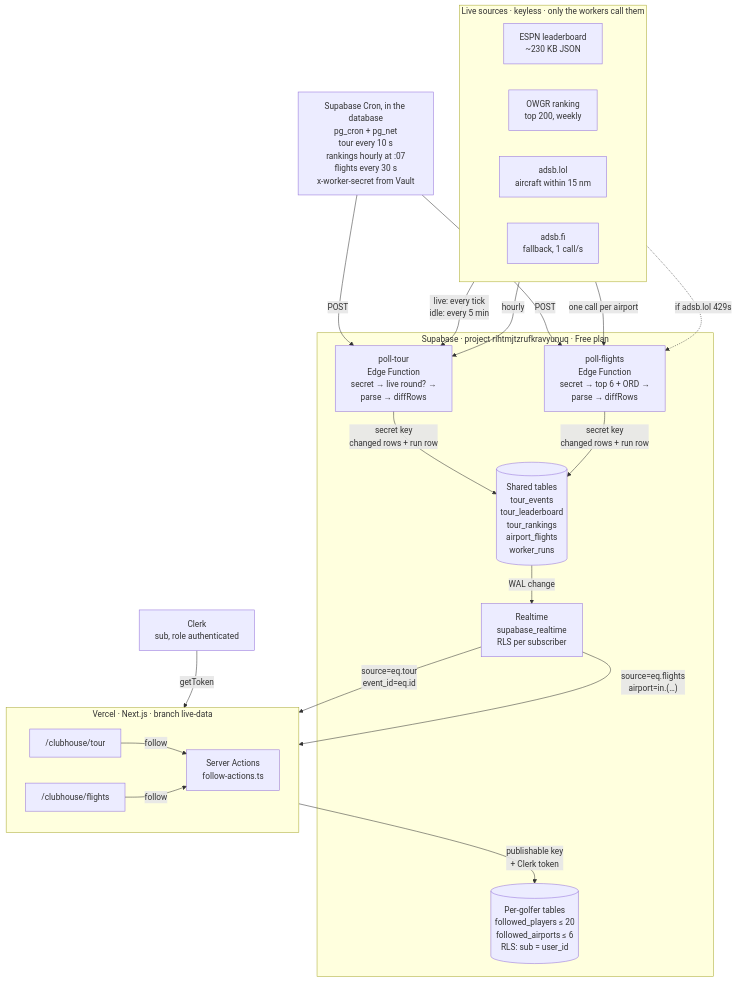
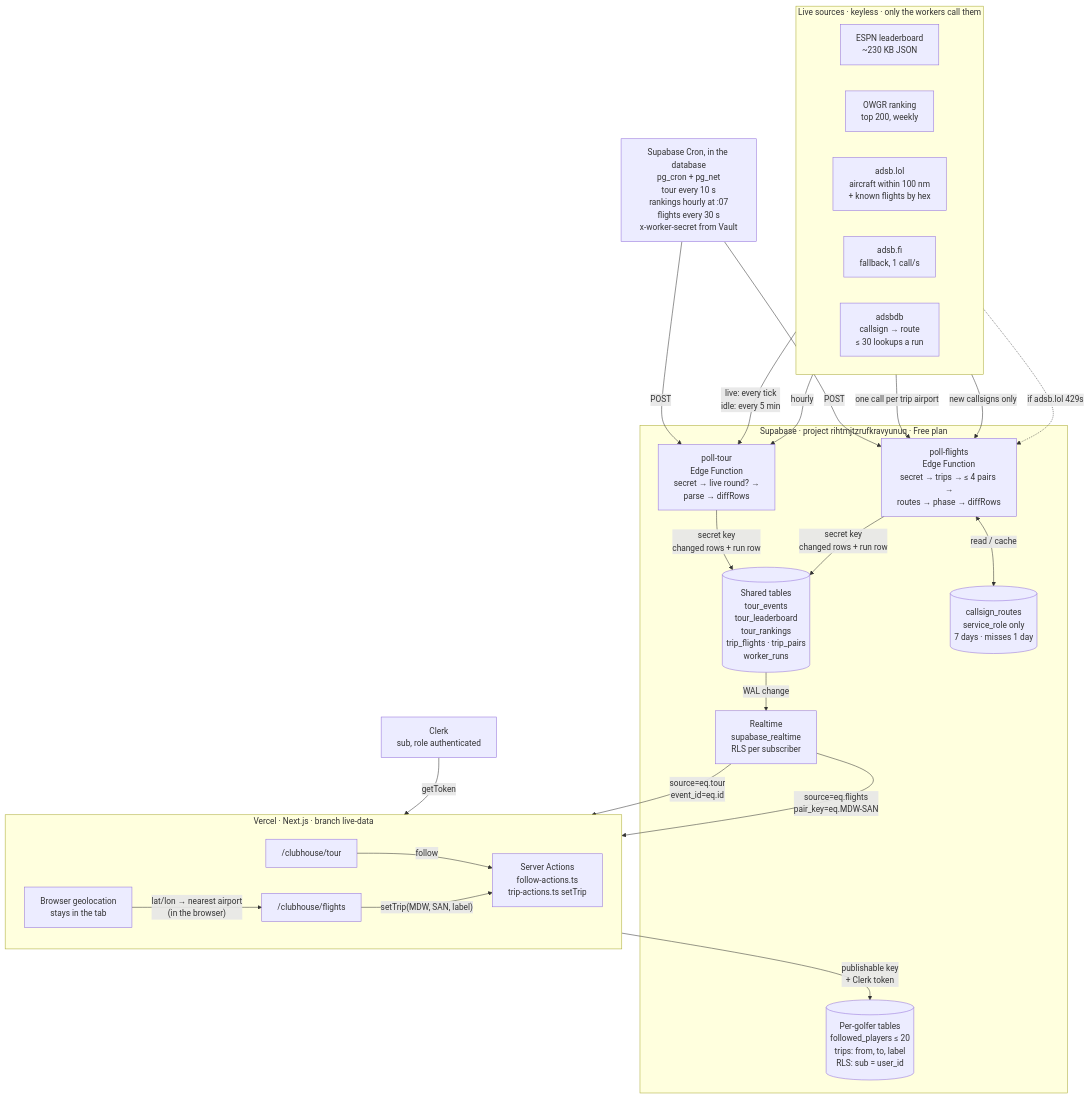
The second of 2 diagrams in docs/data-flow.md (hewittw/18-eagles-members), drawn with Mermaid before and after one commit. The commit also changed other lines of this file and 8 other files, not shown here.

Commit message:
docs: Flights as a trip (data-flow as built, flow 5, README sources and budget incl. adsbdb, credits, talking points, log)

````diff
--- a/docs/data-flow.md
+++ b/docs/data-flow.md
@@ -70,41 +70,47 @@
 ```mermaid
 flowchart TB
   subgraph Sources["Live sources · keyless · only the workers call them"]
     direction LR
     ESPN["ESPN leaderboard<br/>~230 KB JSON"]
     OWGR["OWGR ranking<br/>top 200, weekly"]
-    LOL["adsb.lol<br/>aircraft within 15 nm"]
+    LOL["adsb.lol<br/>aircraft within 100 nm<br/>+ known flights by hex"]
     FI["adsb.fi<br/>fallback, 1 call/s"]
+    DBDB["adsbdb<br/>callsign → route<br/>≤ 30 lookups a run"]
   end
   CRON["Supabase Cron, in the database<br/>pg_cron + pg_net<br/>tour every 10 s<br/>rankings hourly at :07<br/>flights every 30 s<br/>x-worker-secret from Vault"]
   subgraph Supabase["Supabase · project rihtmjtzrufkravyunuq · Free plan"]
     TOUR["poll-tour<br/>Edge Function<br/>secret → live round? →<br/>parse → diffRows"]
-    FLY["poll-flights<br/>Edge Function<br/>secret → top 6 + ORD →<br/>parse → diffRows"]
-    SHARED[("Shared tables<br/>tour_events<br/>tour_leaderboard<br/>tour_rankings<br/>airport_flights<br/>worker_runs")]
+    FLY["poll-flights<br/>Edge Function<br/>secret → trips → ≤ 4 pairs →<br/>routes → phase → diffRows"]
+    SHARED[("Shared tables<br/>tour_events<br/>tour_leaderboard<br/>tour_rankings<br/>trip_flights · trip_pairs<br/>worker_runs")]
+    CACHE[("callsign_routes<br/>service_role only<br/>7 days · misses 1 day")]
     RT["Realtime<br/>supabase_realtime<br/>RLS per subscriber"]
-    MINE[("Per-golfer tables<br/>followed_players ≤ 20<br/>followed_airports ≤ 6<br/>RLS: sub = user_id")]
+    MINE[("Per-golfer tables<br/>followed_players ≤ 20<br/>trips: from, to, label<br/>RLS: sub = user_id")]
   end
   subgraph Vercel["Vercel · Next.js · branch live-data"]
     direction LR
     TP["/clubhouse/tour"]
     FP["/clubhouse/flights"]
-    SA["Server Actions<br/>follow-actions.ts"]
+    SA["Server Actions<br/>follow-actions.ts<br/>trip-actions.ts setTrip"]
+    GEO["Browser geolocation<br/>stays in the tab"]
   end
   CLERK["Clerk<br/>sub, role authenticated"]
 
   ESPN -->|"live: every tick<br/>idle: every 5 min"| TOUR
   OWGR -->|hourly| TOUR
-  LOL -->|one call per airport| FLY
+  LOL -->|one call per trip airport| FLY
+  DBDB -->|new callsigns only| FLY
+  FLY <-->|read / cache| CACHE
   FI -.->|"if adsb.lol 429s"| FLY
   CRON -->|POST| TOUR
   CRON -->|POST| FLY
   TOUR -->|"secret key<br/>changed rows + run row"| SHARED
   FLY -->|"secret key<br/>changed rows + run row"| SHARED
   SHARED -->|WAL change| RT
   RT -->|"source=eq.tour<br/>event_id=eq.id"| TP
-  RT -->|"source=eq.flights<br/>airport=in.(…)"| FP
+  RT -->|"source=eq.flights<br/>pair_key=eq.MDW-SAN"| FP
+  GEO -->|"lat/lon → nearest airport<br/>(in the browser)"| FP
   TP -->|follow| SA
-  FP -->|follow| SA
+  FP -->|"setTrip(MDW, SAN, label)"| SA
   CLERK -->|getToken| SA
   SA -->|"publishable key<br/>+ Clerk token"| MINE
 ```
````
